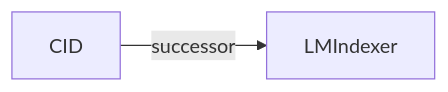
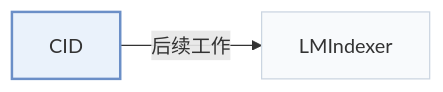
The second of 2 diagrams in pages/zh/papers/cid.md (Galaxy-ghost/Awesome-SID-Generative-Rec), drawn with Mermaid before and after one commit. The commit also changed other lines of this file and 649 other files, not shown here.

Commit message:
writer-05: also tags and modality index (schema, check, build, visuals); summary field removed; calibration data for 12 papers

````diff
--- a/pages/zh/papers/cid.md
+++ b/pages/zh/papers/cid.md
@@ -70,5 +74,9 @@
 ```mermaid
 flowchart LR
     P["CID"]
-    P -->|successor| A["LMIndexer"]
+    P -->|"后续工作"| A["LMIndexer"]
+    classDef main fill:#eaf2fb,stroke:#6b8fc7,stroke-width:2px
+    classDef peer fill:#f8fafc,stroke:#cbd5e1
+    class P main
+    class A peer
 ```
````
